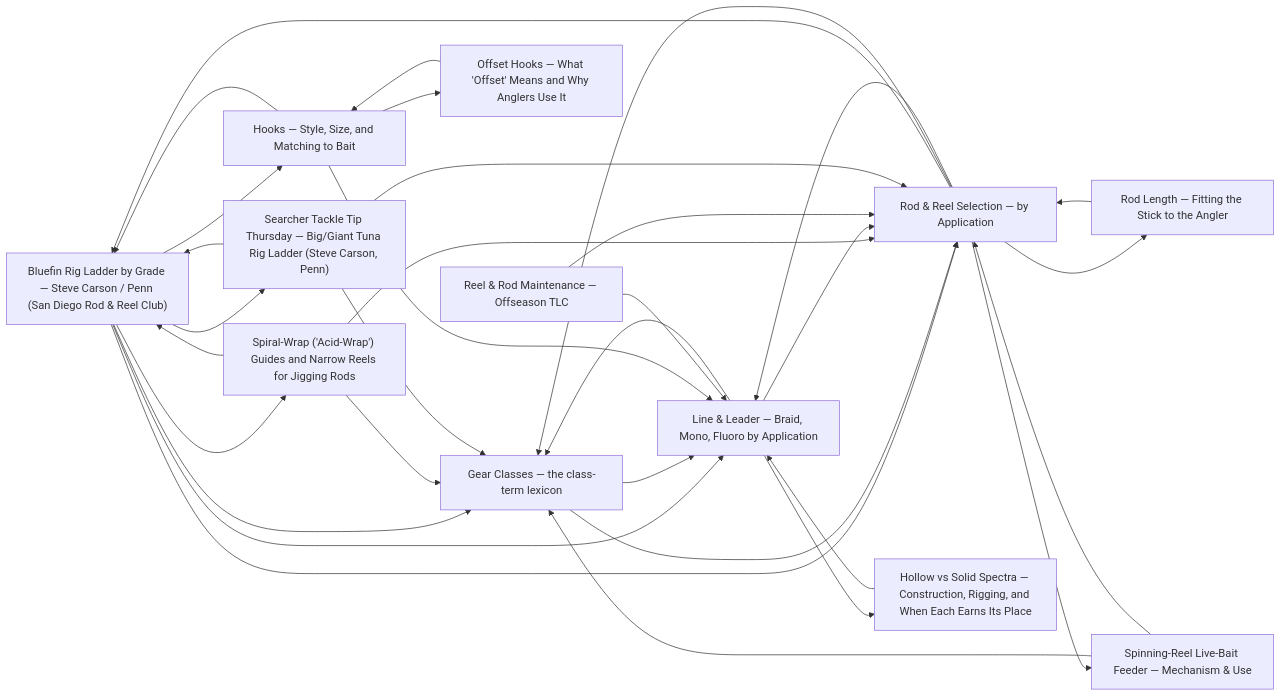
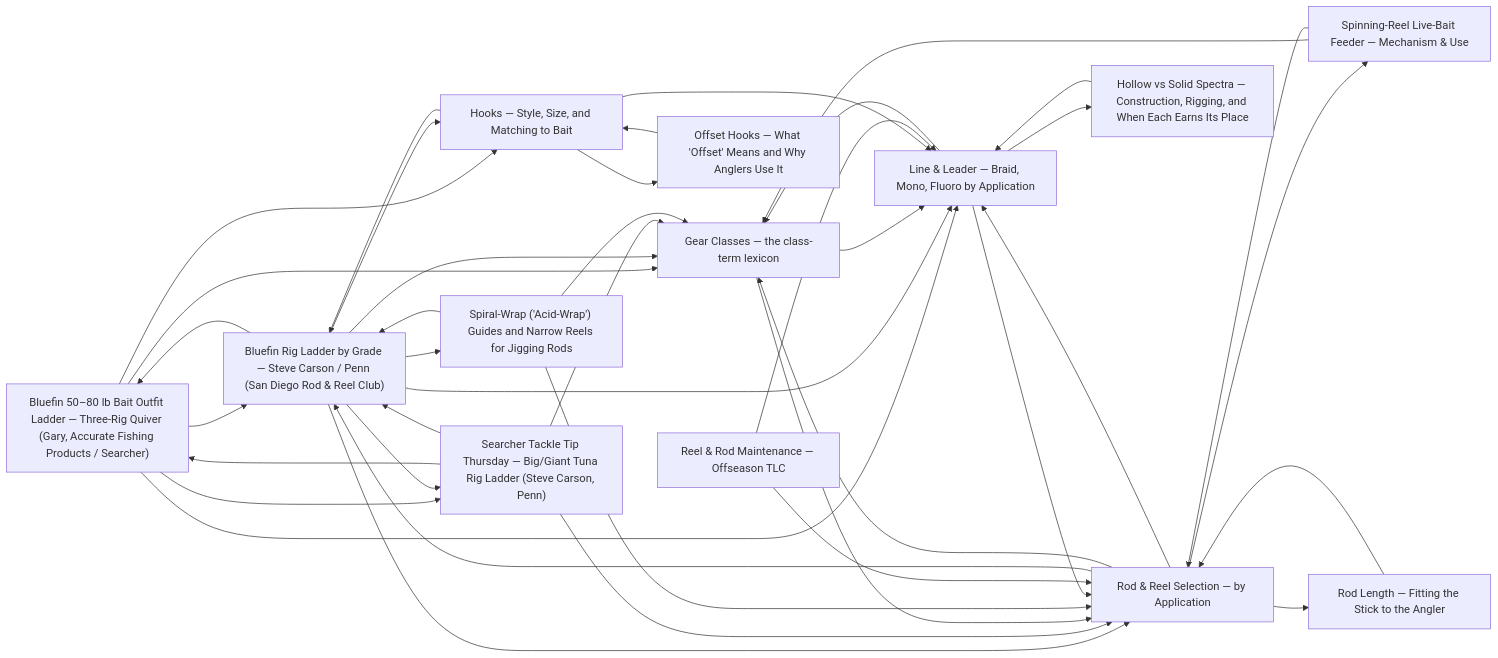
The diagram in tackle/README.md (camchuckpete-max/Socal-Fishing-Knowledge), drawn with Mermaid before and after one commit. The commit also changed other lines of this file and 8 other files, not shown here.

````diff
--- a/tackle/README.md
+++ b/tackle/README.md
@@ -25,47 +26,55 @@
 ```mermaid
 graph LR
-  n0["Bluefin Rig Ladder by Grade — Steve Carson / Penn (San Diego Rod & Reel Club)"]
-  n1["Gear Classes — the class-term lexicon"]
-  n2["Hooks — Style, Size, and Matching to Bait"]
-  n3["Spiral-Wrap ('Acid-Wrap') Guides and Narrow Reels for Jigging Rods"]
-  n4["Line & Leader — Braid, Mono, Fluoro by Application"]
-  n5["Offset Hooks — What 'Offset' Means and Why Anglers Use It"]
-  n6["Reel & Rod Maintenance — Offseason TLC"]
-  n7["Rod & Reel Selection — by Application"]
-  n8["Rod Length — Fitting the Stick to the Angler"]
-  n9["Searcher Tackle Tip Thursday — Big/Giant Tuna Rig Ladder (Steve Carson, Penn)"]
-  n10["Hollow vs Solid Spectra — Construction, Rigging, and When Each Earns Its Place"]
-  n11["Spinning-Reel Live-Bait Feeder — Mechanism & Use"]
+  n0["Bluefin 50–80 lb Bait Outfit Ladder — Three-Rig Quiver (Gary, Accurate Fishing Products / Searcher)"]
+  n1["Bluefin Rig Ladder by Grade — Steve Carson / Penn (San Diego Rod & Reel Club)"]
+  n2["Gear Classes — the class-term lexicon"]
+  n3["Hooks — Style, Size, and Matching to Bait"]
+  n4["Spiral-Wrap ('Acid-Wrap') Guides and Narrow Reels for Jigging Rods"]
+  n5["Line & Leader — Braid, Mono, Fluoro by Application"]
+  n6["Offset Hooks — What 'Offset' Means and Why Anglers Use It"]
+  n7["Reel & Rod Maintenance — Offseason TLC"]
+  n8["Rod & Reel Selection — by Application"]
+  n9["Rod Length — Fitting the Stick to the Angler"]
+  n10["Searcher Tackle Tip Thursday — Big/Giant Tuna Rig Ladder (Steve Carson, Penn)"]
+  n11["Hollow vs Solid Spectra — Construction, Rigging, and When Each Earns Its Place"]
+  n12["Spinning-Reel Live-Bait Feeder — Mechanism & Use"]
   n0 --> n1
+  n0 --> n10
   n0 --> n2
   n0 --> n3
-  n0 --> n4
-  n0 --> n7
-  n0 --> n9
+  n0 --> n5
+  n1 --> n0
+  n1 --> n10
+  n1 --> n2
+  n1 --> n3
   n1 --> n4
-  n1 --> n7
-  n10 --> n4
-  n11 --> n1
-  n11 --> n7
-  n2 --> n0
-  n2 --> n4
+  n1 --> n5
+  n1 --> n8
+  n10 --> n0
+  n10 --> n1
+  n10 --> n2
+  n10 --> n8
+  n11 --> n5
+  n12 --> n2
+  n12 --> n8
   n2 --> n5
-  n3 --> n0
+  n2 --> n8
   n3 --> n1
-  n3 --> n7
+  n3 --> n5
+  n3 --> n6
   n4 --> n1
-  n4 --> n10
-  n4 --> n7
+  n4 --> n2
+  n4 --> n8
+  n5 --> n11
   n5 --> n2
-  n6 --> n4
-  n6 --> n7
-  n7 --> n0
-  n7 --> n1
-  n7 --> n11
-  n7 --> n4
+  n5 --> n8
+  n6 --> n3
+  n7 --> n5
   n7 --> n8
-  n8 --> n7
-  n9 --> n0
-  n9 --> n1
-  n9 --> n7
+  n8 --> n1
+  n8 --> n12
+  n8 --> n2
+  n8 --> n5
+  n8 --> n9
+  n9 --> n8
 ```
````
